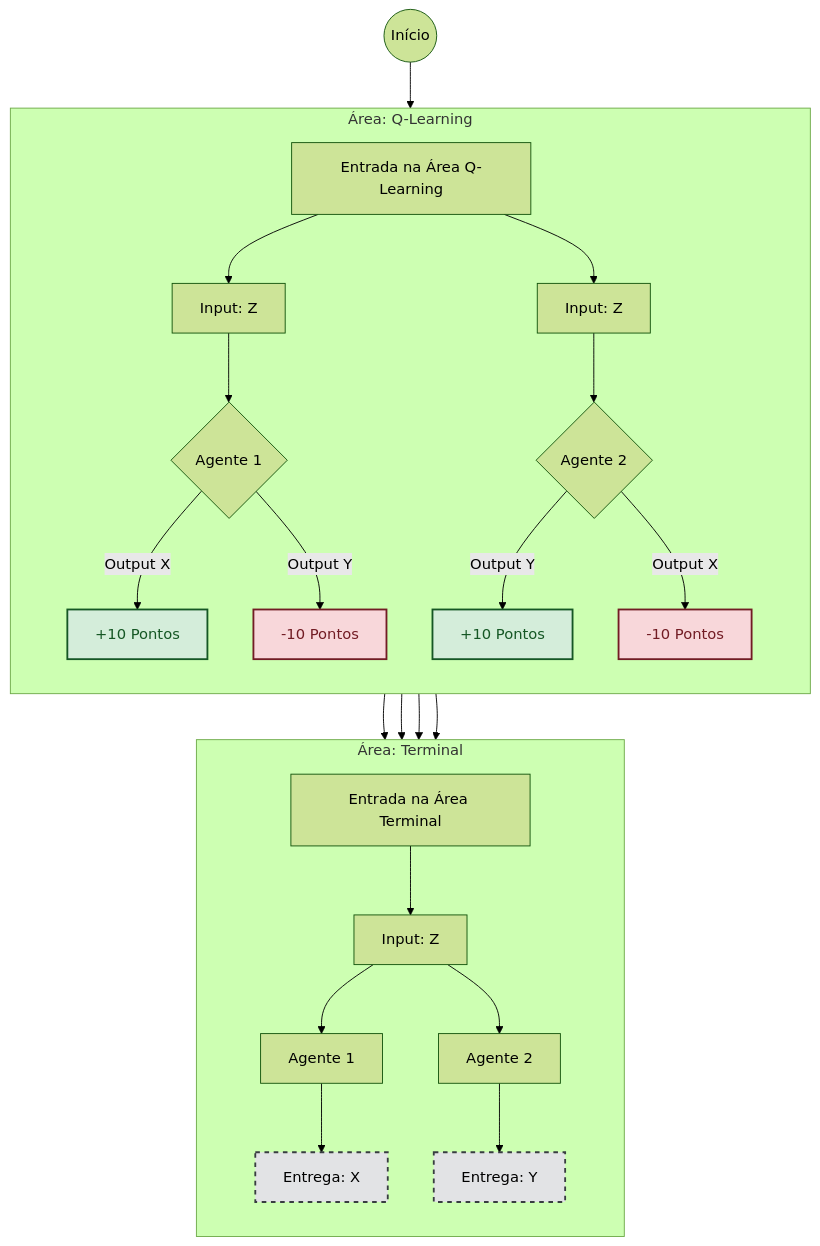
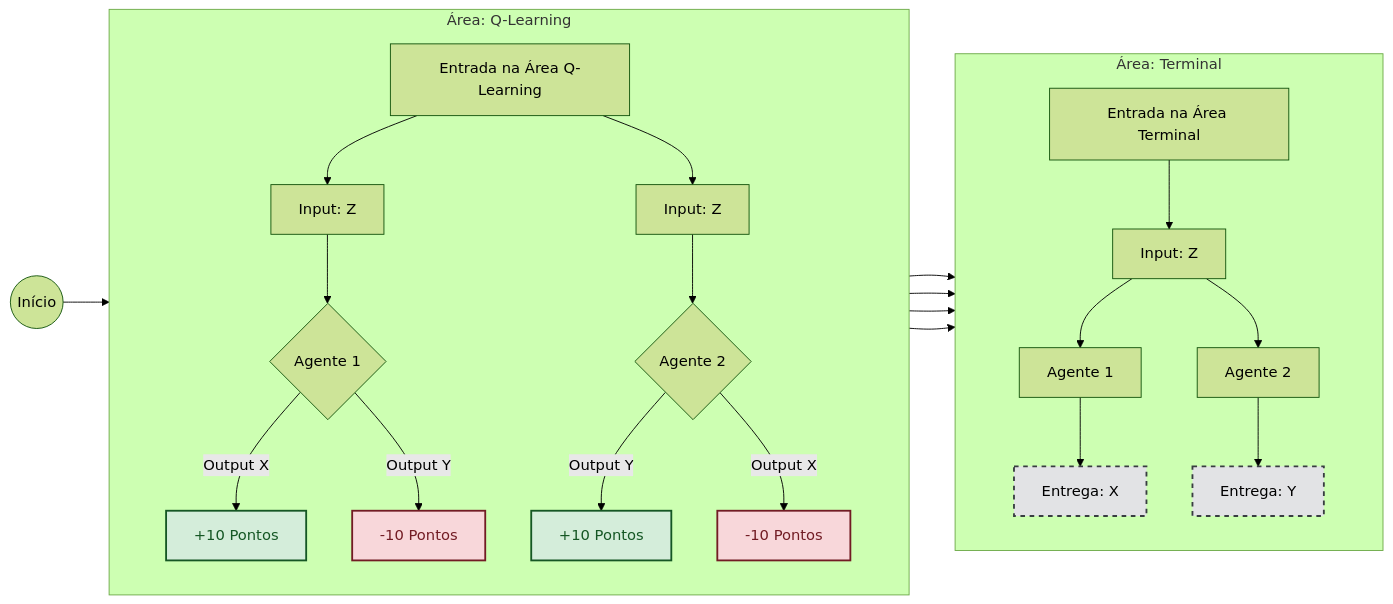
The diagram in README.md (leosantos2003/Language-Games), drawn with Mermaid (forest theme) before and after one commit.

````diff
--- a/README.md
+++ b/README.md
@@ -58,45 +58,45 @@
 ```mermaid
-graph TD
+graph LR
     %% Início do fluxo
     Start((Início)) --> EnterQL[Entrada na Área Q-Learning]
 
     %% Área de Q-Learning
     subgraph Q_Learning [Área: Q-Learning]
         direction TB
         
         %% Caminho do Agente 1
         EnterQL --> InputZ_A1[Input: Z]
         InputZ_A1 --> Ag1{Agente 1}
         Ag1 -- Output X --> Pos1[+10 Pontos]:::good
         Ag1 -- Output Y --> Neg1[-10 Pontos]:::bad
         
         %% Caminho do Agente 2
         EnterQL --> InputZ_A2[Input: Z]
         InputZ_A2 --> Ag2{Agente 2}
         Ag2 -- Output Y --> Pos2[+10 Pontos]:::good
         Ag2 -- Output X --> Neg2[-10 Pontos]:::bad
     end
 
     %% Transição para a próxima área
     Pos1 --> EnterTerm[Entrada na Área Terminal]
     Neg1 --> EnterTerm
     Pos2 --> EnterTerm
     Neg2 --> EnterTerm
 
     %% Área Terminal
     subgraph Terminal [Área: Terminal]
         direction TB
         EnterTerm --> Term_Input[Input: Z]
         
         Term_Input --> T_Ag1[Agente 1]
         T_Ag1 --> Final1[Entrega: X]:::result
         
         Term_Input --> T_Ag2[Agente 2]
         T_Ag2 --> Final2[Entrega: Y]:::result
     end
 
     %% Definição de Estilos
     classDef good fill:#d4edda,stroke:#155724,stroke-width:2px,color:#155724;
     classDef bad fill:#f8d7da,stroke:#721c24,stroke-width:2px,color:#721c24;
     classDef result fill:#e2e3e5,stroke:#383d41,stroke-width:2px,stroke-dasharray: 5 5;
 ```
````
